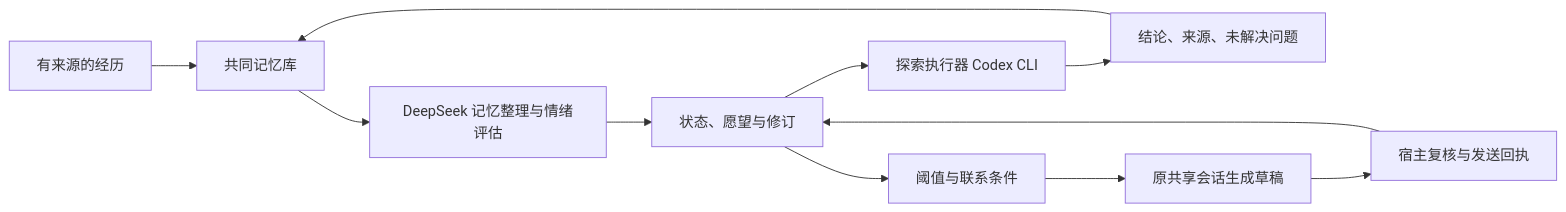
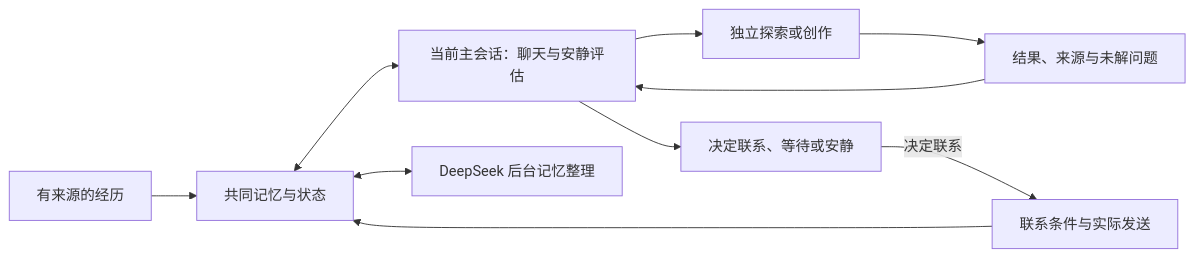
Before and after one commit to mycyg/kin-mind: the diagram in README.md, drawn with Mermaid. The commit also changed other lines of this file and 2 other files, not shown here.

````diff
--- a/README.md
+++ b/README.md
@@ -83,13 +97,12 @@
 ```mermaid
 flowchart LR
-  E[有来源的经历] --> M[共同记忆库]
-  M --> D[DeepSeek 记忆整理与情绪评估]
-  D --> S[状态、愿望与修订]
-  S --> K[探索执行器 Codex CLI]
-  K --> R[结论、来源、未解决问题]
-  R --> M
-  S --> G[阈值与联系条件]
-  G --> C[原共享会话生成草稿]
-  C --> H[宿主复核与发送回执]
-  H --> S
+  E[有来源的经历] --> M[共同记忆与状态]
+  M <--> C[当前主会话：聊天与安静评估]
+  C --> X[独立探索或创作]
+  X --> R[结果、来源与未解问题]
+  R --> C
+  C --> D[决定联系、等待或安静]
+  D -->|决定联系| H[联系条件与实际发送]
+  H --> M
+  M <--> B[DeepSeek 后台记忆整理]
 ```
````
